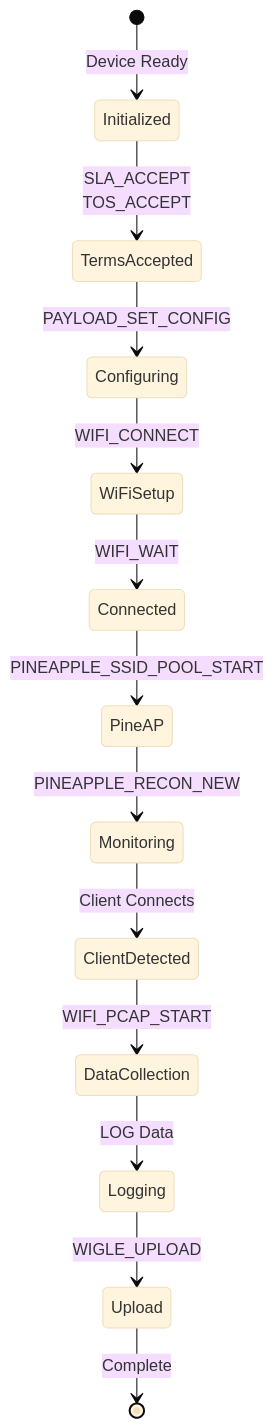
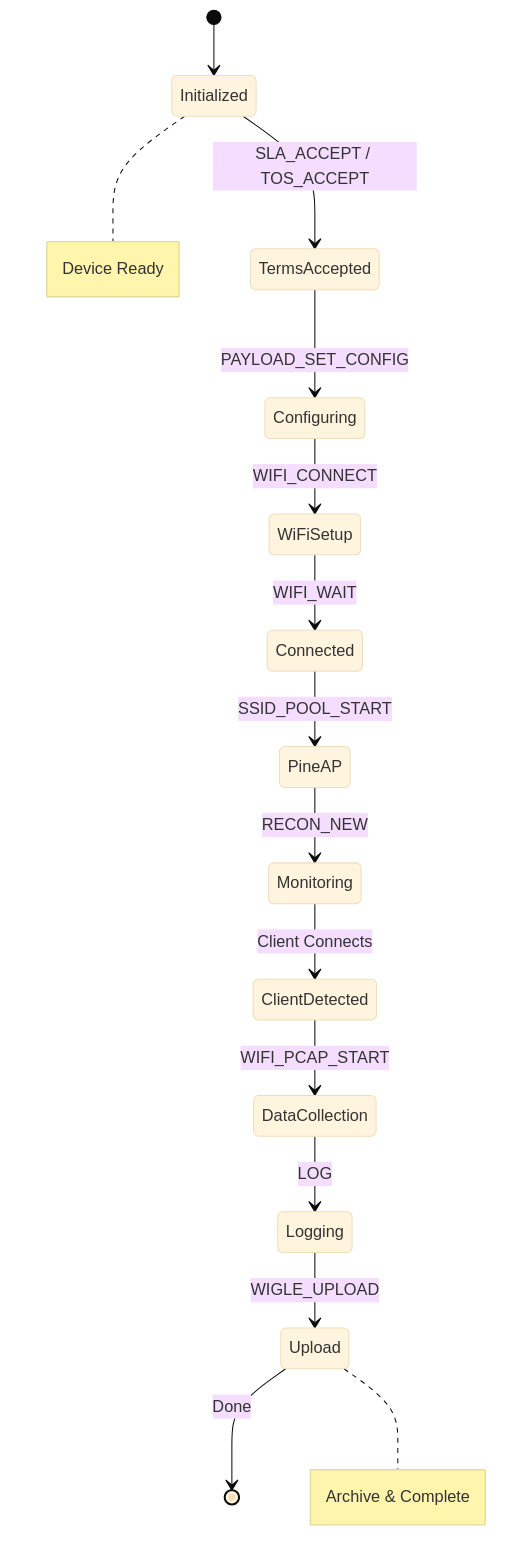
One commit to TheCyberJest0r/Wifi-Pineapple-Pager-Payloads-Cheat-sheet changed the fourth of 4 diagrams in README.md. Above: the diagram before and after it, drawn with Mermaid (base theme). The commit also changed other lines of this file, not shown here.

````diff
--- a/README.md
+++ b/README.md
@@ -229,15 +253,18 @@
 ```mermaid
 stateDiagram-v2
-    [*] --> Initialized: Device Ready
-    Initialized --> TermsAccepted: SLA_ACCEPT<br/>TOS_ACCEPT
+    [*] --> Initialized
+    Initialized --> TermsAccepted: SLA_ACCEPT / TOS_ACCEPT
     TermsAccepted --> Configuring: PAYLOAD_SET_CONFIG
     Configuring --> WiFiSetup: WIFI_CONNECT
     WiFiSetup --> Connected: WIFI_WAIT
-    Connected --> PineAP: PINEAPPLE_SSID_POOL_START
-    PineAP --> Monitoring: PINEAPPLE_RECON_NEW
+    Connected --> PineAP: SSID_POOL_START
+    PineAP --> Monitoring: RECON_NEW
     Monitoring --> ClientDetected: Client Connects
     ClientDetected --> DataCollection: WIFI_PCAP_START
-    DataCollection --> Logging: LOG Data
+    DataCollection --> Logging: LOG
     Logging --> Upload: WIGLE_UPLOAD
-    Upload --> [*]: Complete
+    Upload --> [*]: Done
+    
+    note right of Initialized: Device Ready
+    note right of Upload: Archive & Complete
 ```
````
